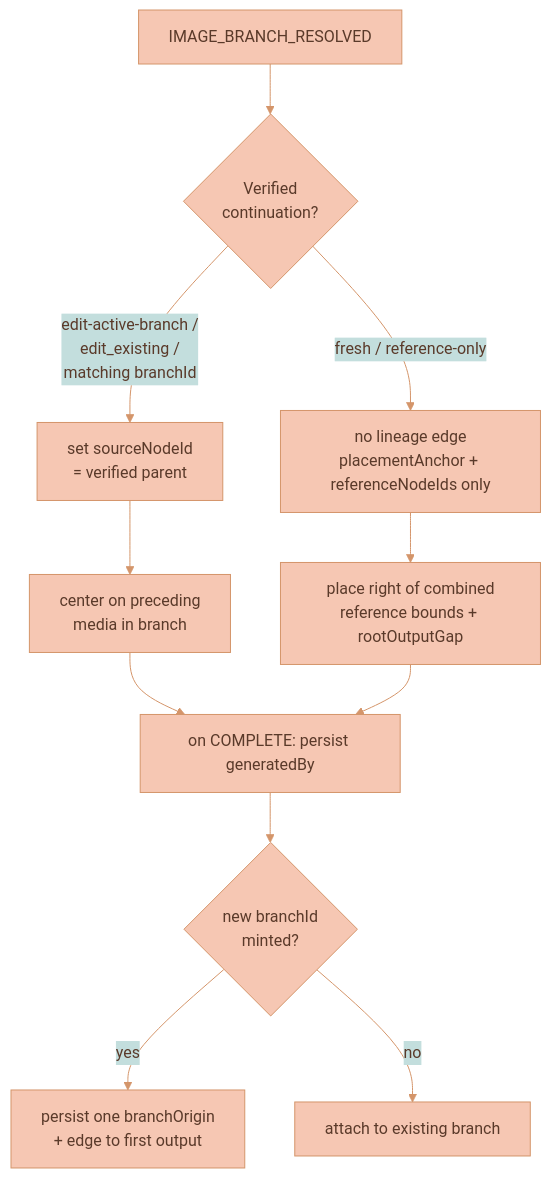
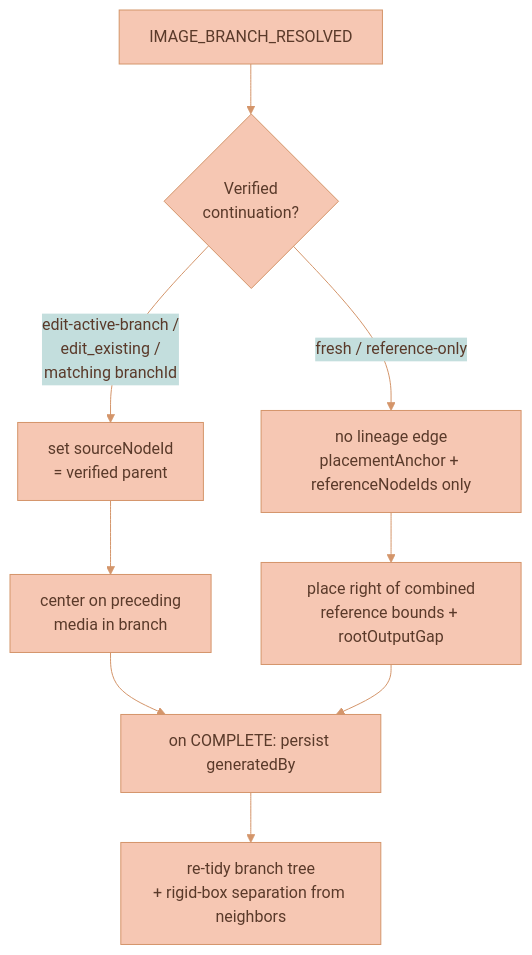
One commit to Lixpi/lixpi changed the third of 3 diagrams in documentation/media-generation/BRANCH-LINEAGE.md. Above: the diagram before and after it, drawn with Mermaid. The commit also changed other lines of this file and 4 other files, not shown here.

Commit message:
LIX-222 # Update tests + docs for branch-tree layout and branch-origin removal

````diff
--- a/documentation/media-generation/BRANCH-LINEAGE.md
+++ b/documentation/media-generation/BRANCH-LINEAGE.md
@@ -436,14 +415,12 @@
 ```mermaid
 %%{init: {'theme': 'base', 'themeVariables': { 'primaryColor': '#F6C7B3', 'primaryTextColor': '#5a3a2a', 'primaryBorderColor': '#d4956a', 'secondaryColor': '#C3DEDD', 'secondaryTextColor': '#1a3a47', 'secondaryBorderColor': '#4a8a9d', 'tertiaryColor': '#DCECE9', 'tertiaryTextColor': '#1a3a47', 'tertiaryBorderColor': '#82B2C0', 'lineColor': '#d4956a', 'textColor': '#5a3a2a'}}}%%
 flowchart TB
     Resolved[IMAGE_BRANCH_RESOLVED] --> Decide{Verified<br/>continuation?}
     Decide -->|edit-active-branch /<br/>edit_existing /<br/>matching branchId| Lineage[set sourceNodeId<br/>= verified parent]
     Decide -->|fresh / reference-only| NoLineage[no lineage edge<br/>placementAnchor + referenceNodeIds only]
     Lineage --> PlaceL[center on preceding<br/>media in branch]
     NoLineage --> PlaceR[place right of combined<br/>reference bounds + rootOutputGap]
     PlaceL --> Complete[on COMPLETE: persist generatedBy]
     PlaceR --> Complete
-    Complete --> NewBranch{new branchId<br/>minted?}
-    NewBranch -->|yes| Origin[persist one branchOrigin<br/>+ edge to first output]
-    NewBranch -->|no| Attach[attach to existing branch]
+    Complete --> Rebalance[re-tidy branch tree<br/>+ rigid-box separation from neighbors]
 ```
````
